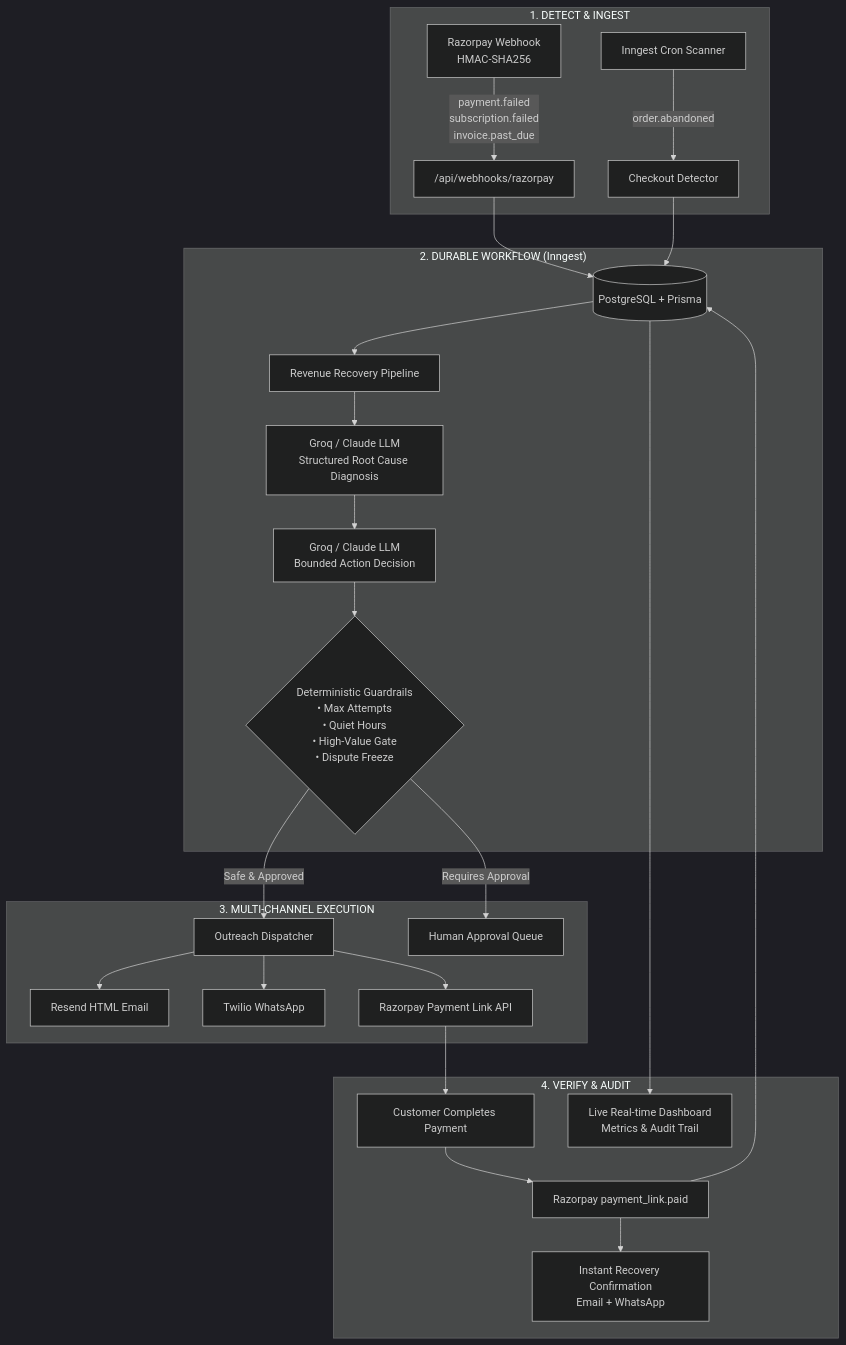
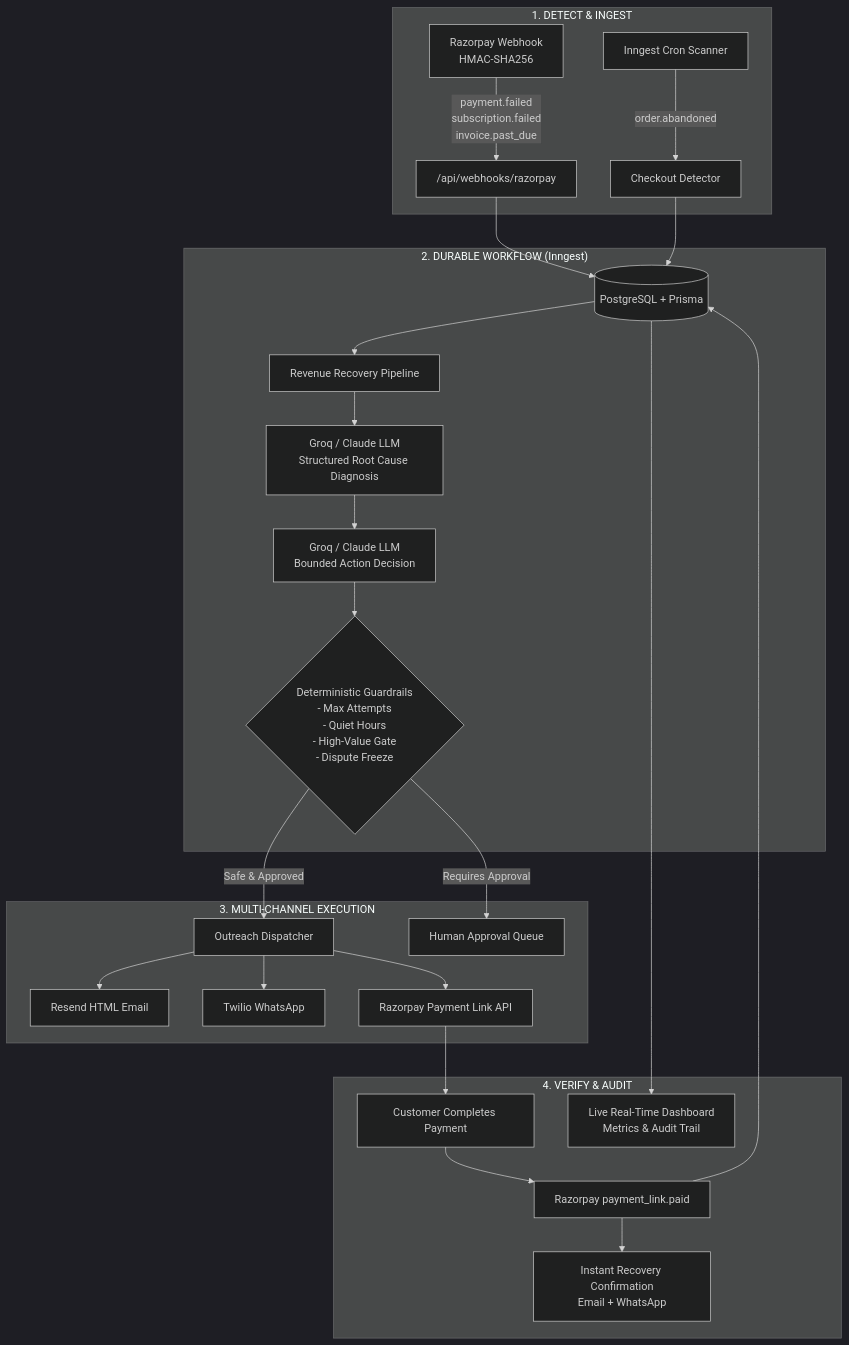
One commit to sanjeysivagurunathan/revenue-recovery changed the diagram in README.md. Above: the diagram before and after it, drawn with Mermaid (dark theme). The commit also changed other lines of this file, not shown here.

````diff
--- a/README.md
+++ b/README.md
@@ -62,35 +62,35 @@
 ```mermaid
 flowchart TD
     subgraph Ingestion["1. DETECT & INGEST"]
         RW[Razorpay Webhook<br/>HMAC-SHA256] -->|payment.failed<br/>subscription.failed<br/>invoice.past_due| API["/api/webhooks/razorpay"]
         CRON[Inngest Cron Scanner] -->|order.abandoned| CD[Checkout Detector]
     end
 
     subgraph Core["2. DURABLE WORKFLOW (Inngest)"]
         API --> DB[(PostgreSQL + Prisma)]
         CD --> DB
         DB --> PIPE[Revenue Recovery Pipeline]
         
         PIPE --> LLM1[Groq / Claude LLM<br/>Structured Root Cause Diagnosis]
         LLM1 --> LLM2[Groq / Claude LLM<br/>Bounded Action Decision]
         
-        LLM2 --> GUARD{Deterministic Guardrails<br/>• Max Attempts<br/>• Quiet Hours<br/>• High-Value Gate<br/>• Dispute Freeze}
+        LLM2 --> GUARD{Deterministic Guardrails<br/>- Max Attempts<br/>- Quiet Hours<br/>- High-Value Gate<br/>- Dispute Freeze}
     end
 
     subgraph Action["3. MULTI-CHANNEL EXECUTION"]
         GUARD -->|Safe & Approved| DISPATCH[Outreach Dispatcher]
         GUARD -->|Requires Approval| QUEUE[Human Approval Queue]
         
         DISPATCH --> EMAIL[Resend HTML Email]
         DISPATCH --> WA[Twilio WhatsApp]
         DISPATCH --> PLINK[Razorpay Payment Link API]
     end
 
     subgraph Verification["4. VERIFY & AUDIT"]
         PLINK --> PAY[Customer Completes Payment]
         PAY --> VERIFY[Razorpay payment_link.paid]
         VERIFY --> DB
         VERIFY --> RECEIPT[Instant Recovery Confirmation<br/>Email + WhatsApp]
-        DB --> DASH[Live Real-time Dashboard<br/>Metrics & Audit Trail]
+        DB --> DASH[Live Real-Time Dashboard<br/>Metrics & Audit Trail]
     end
 ```
````
